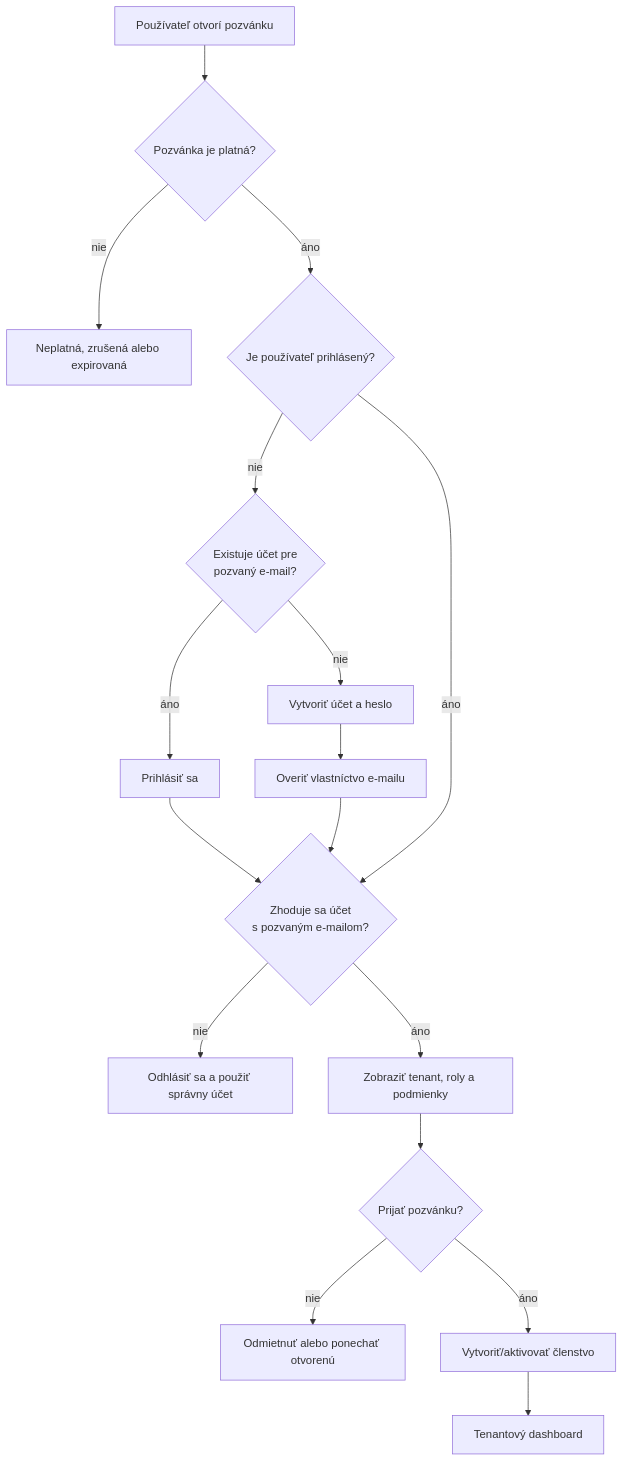
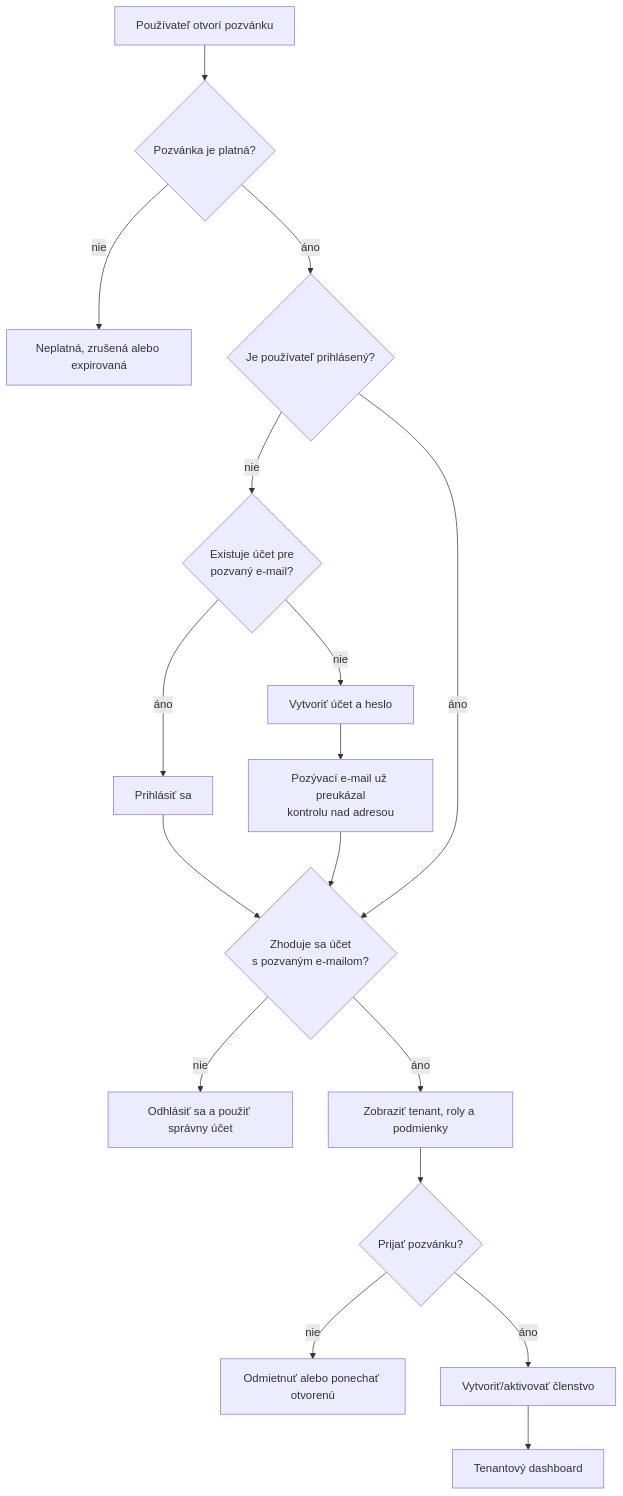
Before and after one commit to JurajPacolt/sova: the fourth of 7 diagrams in docs/webflow/01-AUTENTIFIKACIA-A-ONBOARDING.md, drawn with Mermaid. The commit also changed other lines of this file and 402 other files, not shown here.

````diff
--- a/docs/webflow/01-AUTENTIFIKACIA-A-ONBOARDING.md
+++ b/docs/webflow/01-AUTENTIFIKACIA-A-ONBOARDING.md
@@ -175,21 +177,21 @@
 ```mermaid
 flowchart TD
     Link["Používateľ otvorí pozvánku"] --> Token{"Pozvánka je platná?"}
     Token -->|nie| Invalid["Neplatná, zrušená alebo expirovaná"]
     Token -->|áno| Session{"Je používateľ prihlásený?"}
 
     Session -->|nie| Account{"Existuje účet pre<br/>pozvaný e-mail?"}
     Account -->|nie| Register["Vytvoriť účet a heslo"]
     Account -->|áno| Login["Prihlásiť sa"]
-    Register --> Verify["Overiť vlastníctvo e-mailu"]
+    Register --> Verify["Pozývací e-mail už preukázal<br/>kontrolu nad adresou"]
     Login --> EmailMatch
     Verify --> EmailMatch{"Zhoduje sa účet<br/>s pozvaným e-mailom?"}
 
     Session -->|áno| EmailMatch
     EmailMatch -->|nie| WrongAccount["Odhlásiť sa a použiť správny účet"]
     EmailMatch -->|áno| Confirm["Zobraziť tenant, roly a podmienky"]
     Confirm --> Accept{"Prijať pozvánku?"}
     Accept -->|nie| Decline["Odmietnuť alebo ponechať otvorenú"]
     Accept -->|áno| Membership["Vytvoriť/aktivovať členstvo"]
     Membership --> Dashboard["Tenantový dashboard"]
 ```
````
